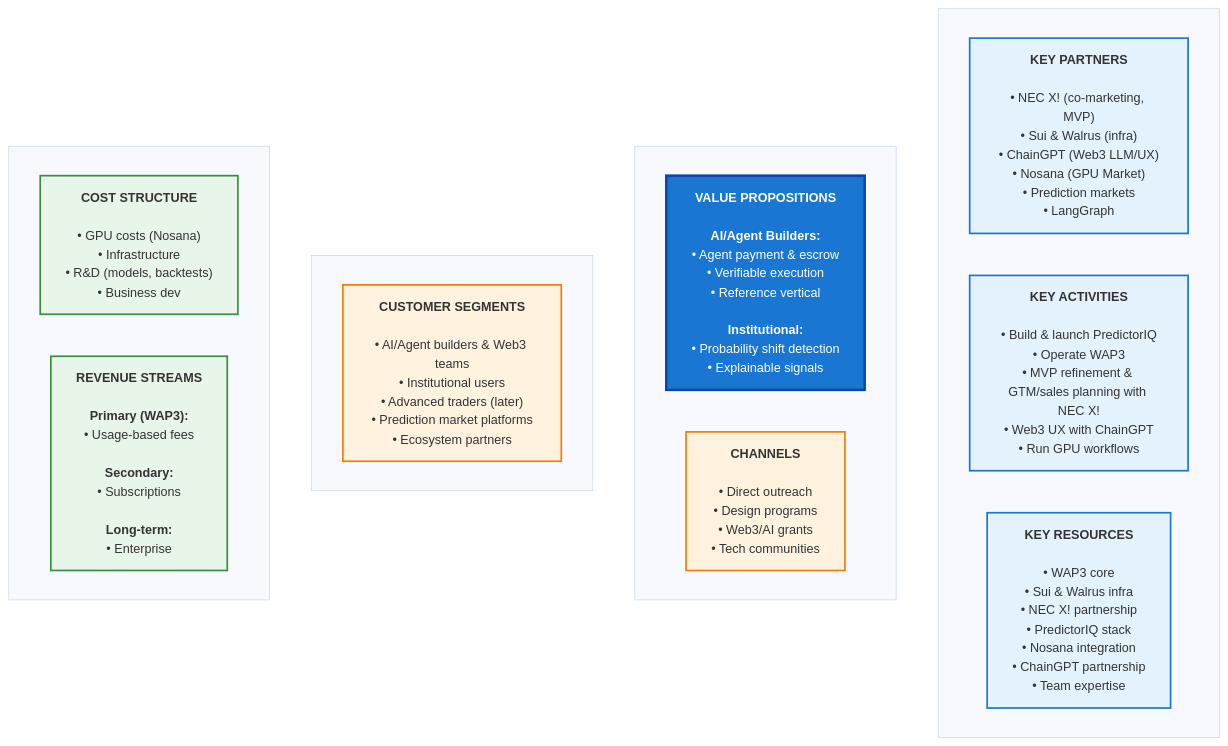
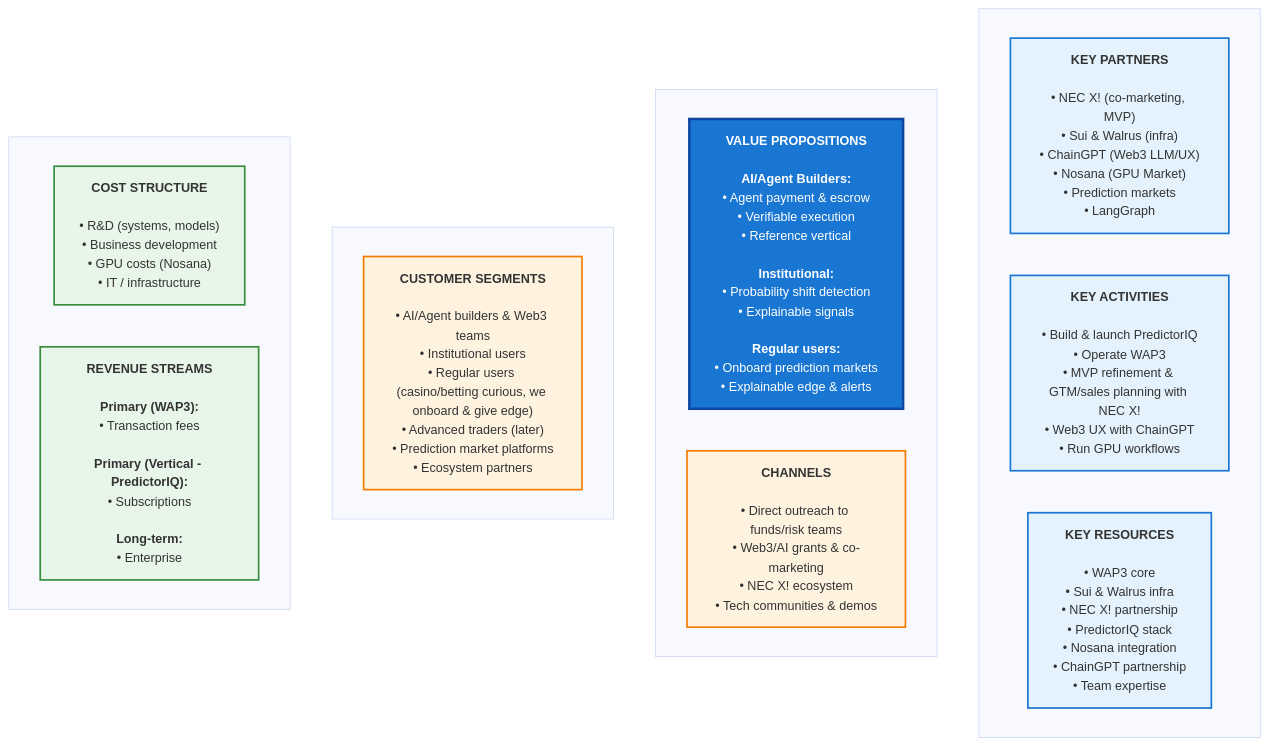
One commit to nelsonjingusc/wap3-agent-payment-poc changed the diagram in docs/BUSINESS_MODEL_CANVAS.md. Above: the diagram before and after it, drawn with Mermaid. The commit also changed other lines of this file and 3 other files, not shown here.

````diff
--- a/docs/BUSINESS_MODEL_CANVAS.md
+++ b/docs/BUSINESS_MODEL_CANVAS.md
@@ -3,36 +5,36 @@
 ```mermaid
-%%{init: {'theme':'base', 'themeVariables': { 'fontSize':'15px'}}}%%
+%%{init: {'theme':'base', 'themeVariables': { 'fontSize':'15px', 'textAlign':'left'}}}%%
 graph TB
     subgraph TOP[" "]
         direction LR
         KP["<b>KEY PARTNERS</b><br/><br/>• NEC X! (co-marketing, MVP)<br/>• Sui & Walrus (infra)<br/>• ChainGPT (Web3 LLM/UX)<br/>• Nosana (GPU Market)<br/>• Prediction markets<br/>• LangGraph"]
         KA["<b>KEY ACTIVITIES</b><br/><br/>• Build & launch PredictorIQ<br/>• Operate WAP3<br/>• MVP refinement & GTM/sales planning with NEC X!<br/>• Web3 UX with ChainGPT<br/>• Run GPU workflows"]
         KR["<b>KEY RESOURCES</b><br/><br/>• WAP3 core<br/>• Sui & Walrus infra<br/>• NEC X! partnership<br/>• PredictorIQ stack<br/>• Nosana integration<br/>• ChainGPT partnership<br/>• Team expertise"]
     end
     
     subgraph MID[" "]
         direction LR
-        VP["<b>VALUE PROPOSITIONS</b><br/><br/><b>AI/Agent Builders:</b><br/>• Agent payment & escrow<br/>• Verifiable execution<br/>• Reference vertical<br/><br/><b>Institutional:</b><br/>• Probability shift detection<br/>• Explainable signals"]
-        CH["<b>CHANNELS</b><br/><br/>• Direct outreach<br/>• Design programs<br/>• Web3/AI grants<br/>• Tech communities"]
+        VP["<b>VALUE PROPOSITIONS</b><br/><br/><b>AI/Agent Builders:</b><br/>• Agent payment & escrow<br/>• Verifiable execution<br/>• Reference vertical<br/><br/><b>Institutional:</b><br/>• Probability shift detection<br/>• Explainable signals<br/><br/><b>Regular users:</b><br/>• Onboard prediction markets<br/>• Explainable edge & alerts"]
+        CH["<b>CHANNELS</b><br/><br/>• Direct outreach to funds/risk teams<br/>• Web3/AI grants & co-marketing<br/>• NEC X! ecosystem<br/>• Tech communities & demos"]
     end
     
     subgraph CUST[" "]
-        CS["<b>CUSTOMER SEGMENTS</b><br/><br/>• AI/Agent builders & Web3 teams<br/>• Institutional users<br/>• Advanced traders (later)<br/>• Prediction market platforms<br/>• Ecosystem partners"]
+        CS["<b>CUSTOMER SEGMENTS</b><br/><br/>• AI/Agent builders & Web3 teams<br/>• Institutional users<br/>• Regular users (casino/betting curious, we onboard & give edge)<br/>• Advanced traders (later)<br/>• Prediction market platforms<br/>• Ecosystem partners"]
     end
     
     subgraph FIN[" "]
         direction LR
-        COST["<b>COST STRUCTURE</b><br/><br/>• GPU costs (Nosana)<br/>• Infrastructure<br/>• R&D (models, backtests)<br/>• Business dev"]
-        REV["<b>REVENUE STREAMS</b><br/><br/><b>Primary (WAP3):</b><br/>• Usage-based fees<br/><br/><b>Secondary:</b><br/>• Subscriptions<br/><br/><b>Long-term:</b><br/>• Enterprise"]
+        COST["<b>COST STRUCTURE</b><br/><br/>• R&D (systems, models)<br/>• Business development<br/>• GPU costs (Nosana)<br/>• IT / infrastructure"]
+        REV["<b>REVENUE STREAMS</b><br/><br/><b>Primary (WAP3):</b><br/>• Transaction fees<br/><br/><b>Primary (Vertical - PredictorIQ):</b><br/>• Subscriptions<br/><br/><b>Long-term:</b><br/>• Enterprise"]
     end
     
     classDef infra fill:#e3f2fd,stroke:#1976d2,stroke-width:2px
     classDef value fill:#1976d2,stroke:#0d47a1,stroke-width:3px,color:#fff
     classDef customer fill:#fff3e0,stroke:#f57c00,stroke-width:2px
     classDef financial fill:#e8f5e9,stroke:#388e3c,stroke-width:2px
     
     class KP,KA,KR infra
     class VP value
     class CH,CS customer
     class COST,REV financial
 ```
````
